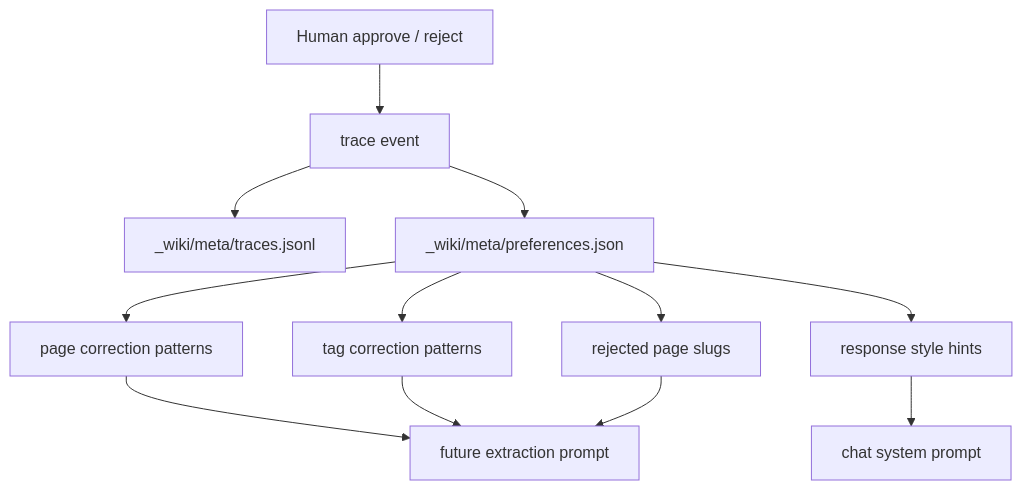
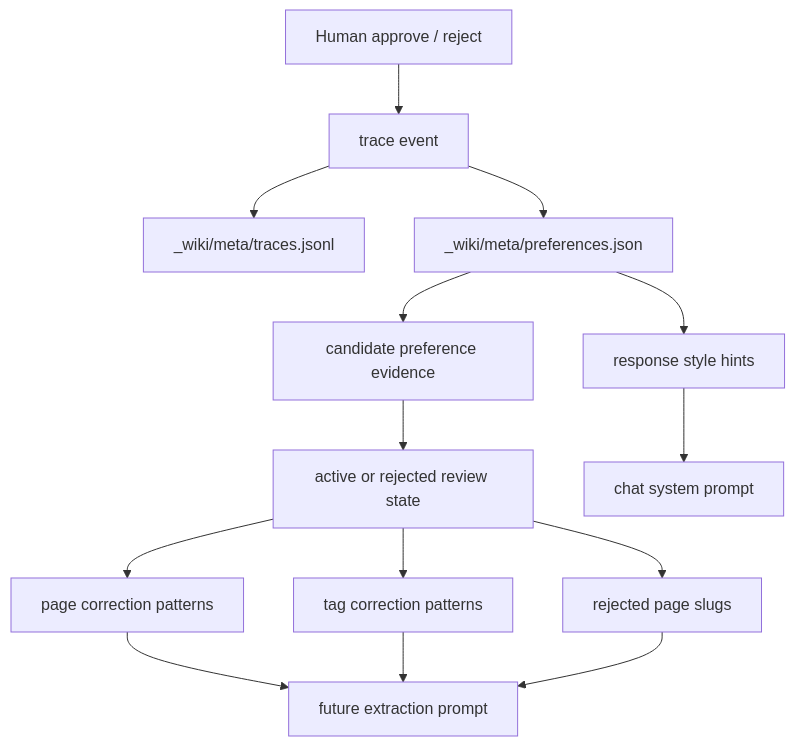
Before and after one commit to Sakethv7/SakethWiki: the fifth of 8 diagrams in CONCEPTS.md, drawn with Mermaid. The commit also changed other lines of this file and 6 other files, not shown here.

````diff
--- a/CONCEPTS.md
+++ b/CONCEPTS.md
@@ -303,14 +303,16 @@
 ```mermaid
 graph TD
     A[Human approve / reject] --> B[trace event]
     B --> C[_wiki/meta/traces.jsonl]
     B --> D[_wiki/meta/preferences.json]
-    D --> E[page correction patterns]
-    D --> F[tag correction patterns]
-    D --> G[rejected page slugs]
-    D --> H[response style hints]
-    E --> I[future extraction prompt]
-    F --> I
-    G --> I
-    H --> J[chat system prompt]
+    D --> E[candidate preference evidence]
+    E --> F[active or rejected review state]
+    F --> G[page correction patterns]
+    F --> H[tag correction patterns]
+    F --> I[rejected page slugs]
+    D --> L[response style hints]
+    G --> J[future extraction prompt]
+    H --> J
+    I --> J
+    L --> K[chat system prompt]
 ```
````
